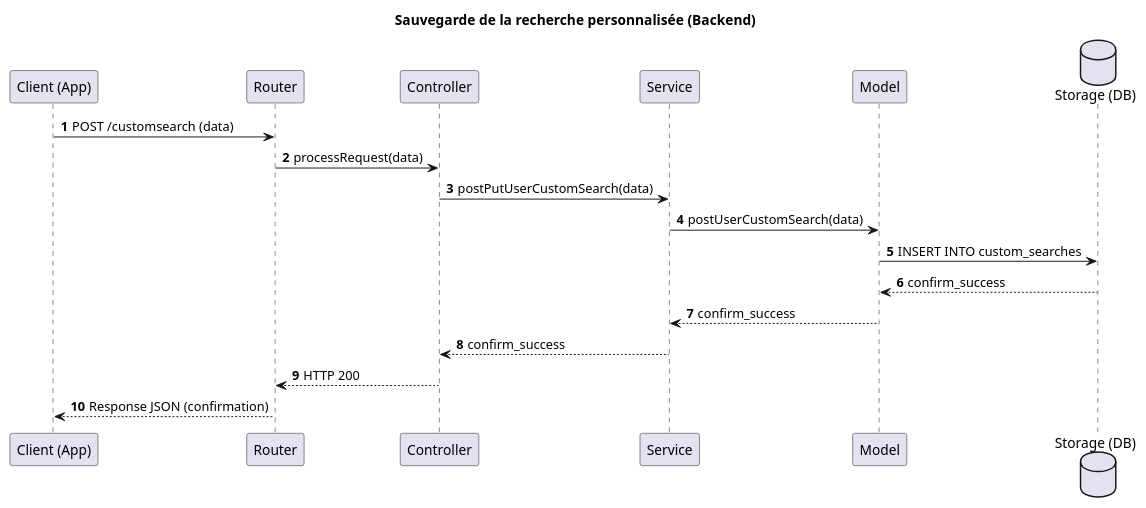
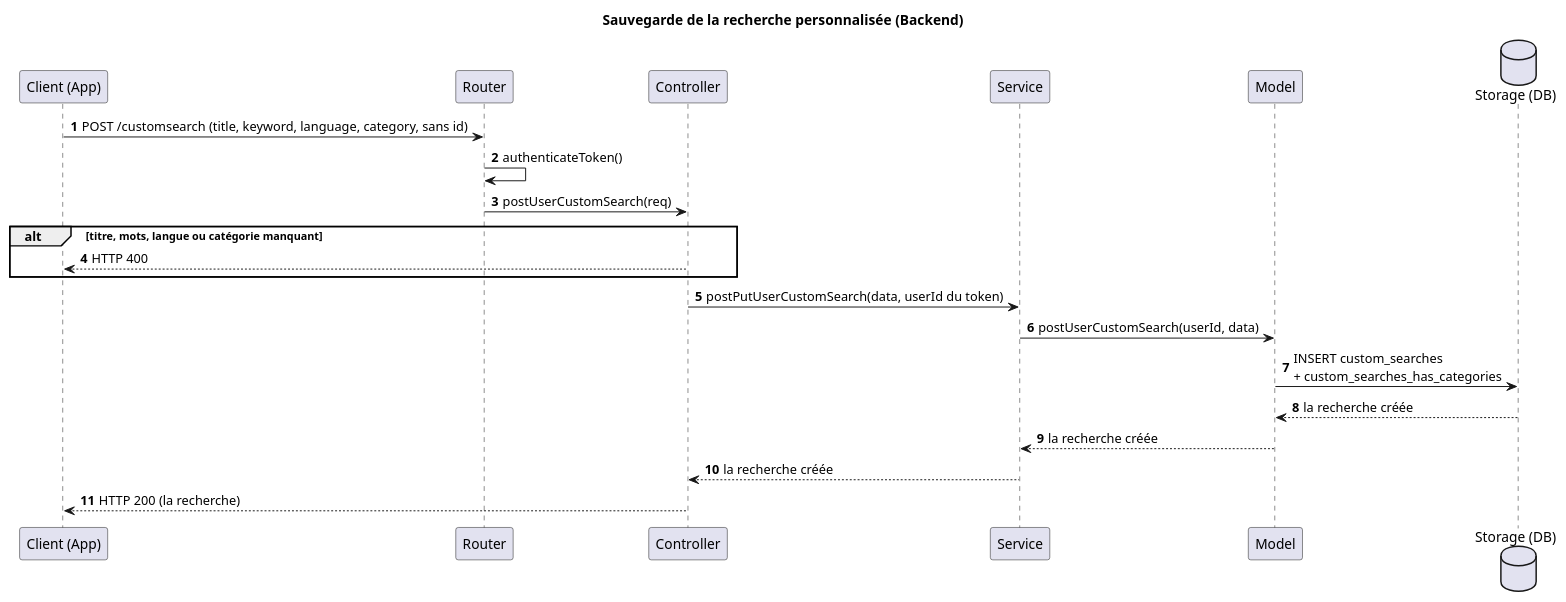
Before and after one commit to TPI2026-NewsGenerator/NewsGenerator-Backend: the diagram in docs/UML/search-history-save-diagram.puml, drawn with PlantUML. The commit also changed 44 other files, not shown here.

First line of the commit message:
Split the class diagram per feature and draw the sequences of sprint 4

```diff
--- a/docs/UML/search-history-save-diagram.puml
+++ b/docs/UML/search-history-save-diagram.puml
@@ -1,23 +1,26 @@
 @startuml
 title Sauvegarde de la recherche personnalisée (Backend)
 autonumber
 
 participant "Client (App)" as Client
 participant "Router" as Router
 participant "Controller" as Controller
 participant "Service" as Service
 participant "Model" as Model
 database "Storage (DB)" as Storage
 
-Client -> Router : POST /customsearch (data)
-Router -> Controller : processRequest(data)
-Controller -> Service : postPutUserCustomSearch(data)
-Service -> Model : postUserCustomSearch(data)
-Model -> Storage : INSERT INTO custom_searches
-Storage --> Model : confirm_success
-Model --> Service : confirm_success
-Service --> Controller : confirm_success
-Controller --> Router : HTTP 200
-Router --> Client : Response JSON (confirmation)
+Client -> Router : POST /customsearch (title, keyword, language, category, sans id)
+Router -> Router : authenticateToken()
+Router -> Controller : postUserCustomSearch(req)
+alt titre, mots, langue ou catégorie manquant
+    Controller --> Client : HTTP 400
+end
+Controller -> Service : postPutUserCustomSearch(data, userId du token)
+Service -> Model : postUserCustomSearch(userId, data)
+Model -> Storage : INSERT custom_searches\n+ custom_searches_has_categories
+Storage --> Model : la recherche créée
+Model --> Service : la recherche créée
+Service --> Controller : la recherche créée
+Controller --> Client : HTTP 200 (la recherche)
 
 @enduml
```
